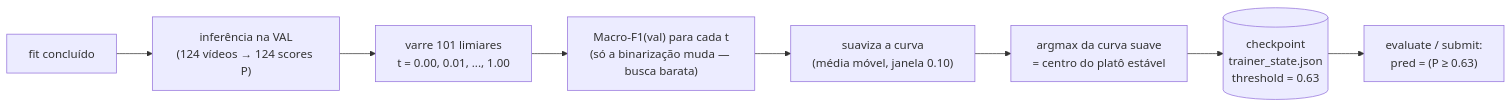
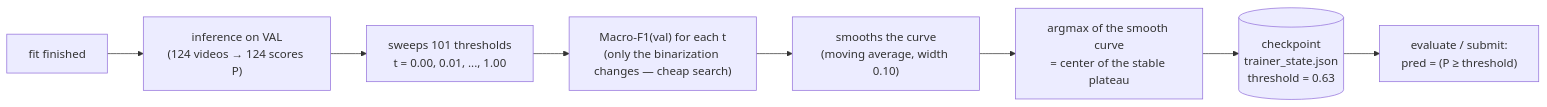
The fourth of 4 diagrams in README.md (Liga-de-IA-PUCPR/abaw-11-ah-challenge), drawn with Mermaid before and after one commit. The commit also changed other lines of this file, not shown here.

````diff
--- a/README.md
+++ b/README.md
@@ -343,10 +428,10 @@
 ```mermaid
 flowchart LR
-    F["fit concluído"] --> IV["inferência na VAL<br/>(124 vídeos → 124 scores P)"]
-    IV --> GR["varre 101 limiares<br/>t = 0.00, 0.01, ..., 1.00"]
-    GR --> F1["Macro-F1(val) para cada t<br/>(só a binarização muda — busca barata)"]
-    F1 --> SM["suaviza a curva<br/>(média móvel, janela 0.10)"]
-    SM --> PK["argmax da curva suave<br/>= centro do platô estável"]
+    F["fit finished"] --> IV["inference on VAL<br/>(124 videos → 124 scores P)"]
+    IV --> GR["sweeps 101 thresholds<br/>t = 0.00, 0.01, ..., 1.00"]
+    GR --> F1["Macro-F1(val) for each t<br/>(only the binarization changes — cheap search)"]
+    F1 --> SM["smooths the curve<br/>(moving average, width 0.10)"]
+    SM --> PK["argmax of the smooth curve<br/>= center of the stable plateau"]
     PK --> CK[("checkpoint<br/>trainer_state.json<br/>threshold = 0.63")]
-    CK --> EV["evaluate / submit:<br/>pred = (P ≥ 0.63)"]
+    CK --> EV["evaluate / submit:<br/>pred = (P ≥ threshold)"]
 ```
````
